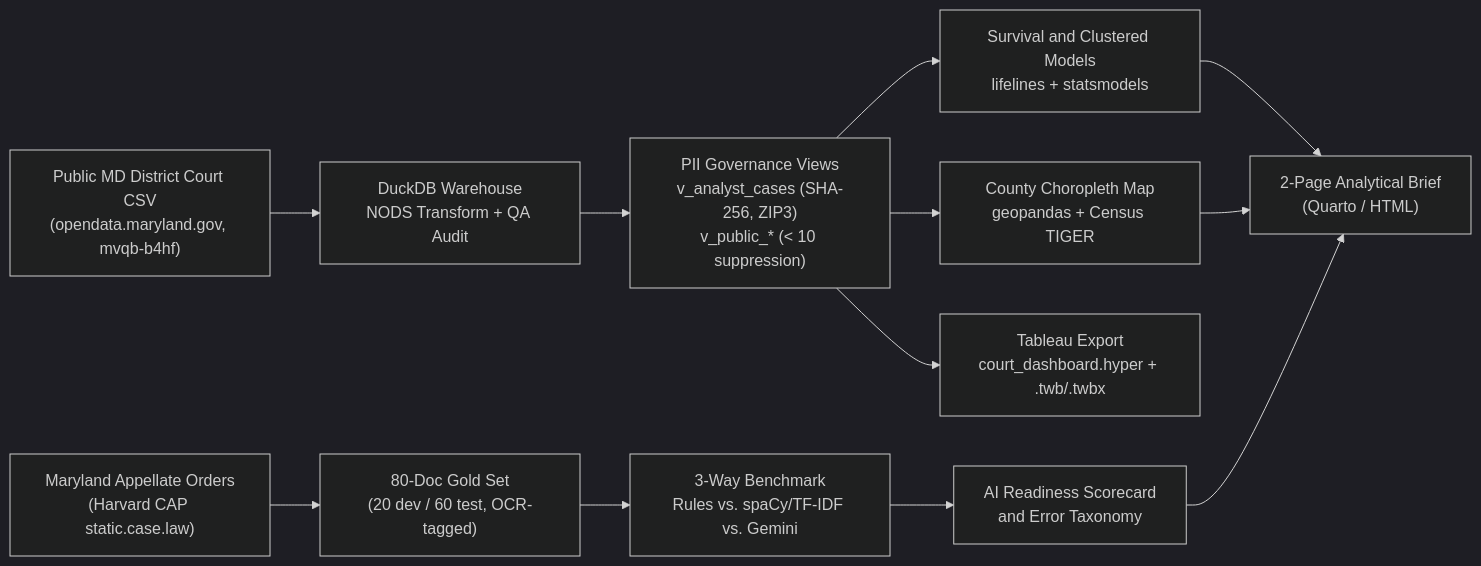
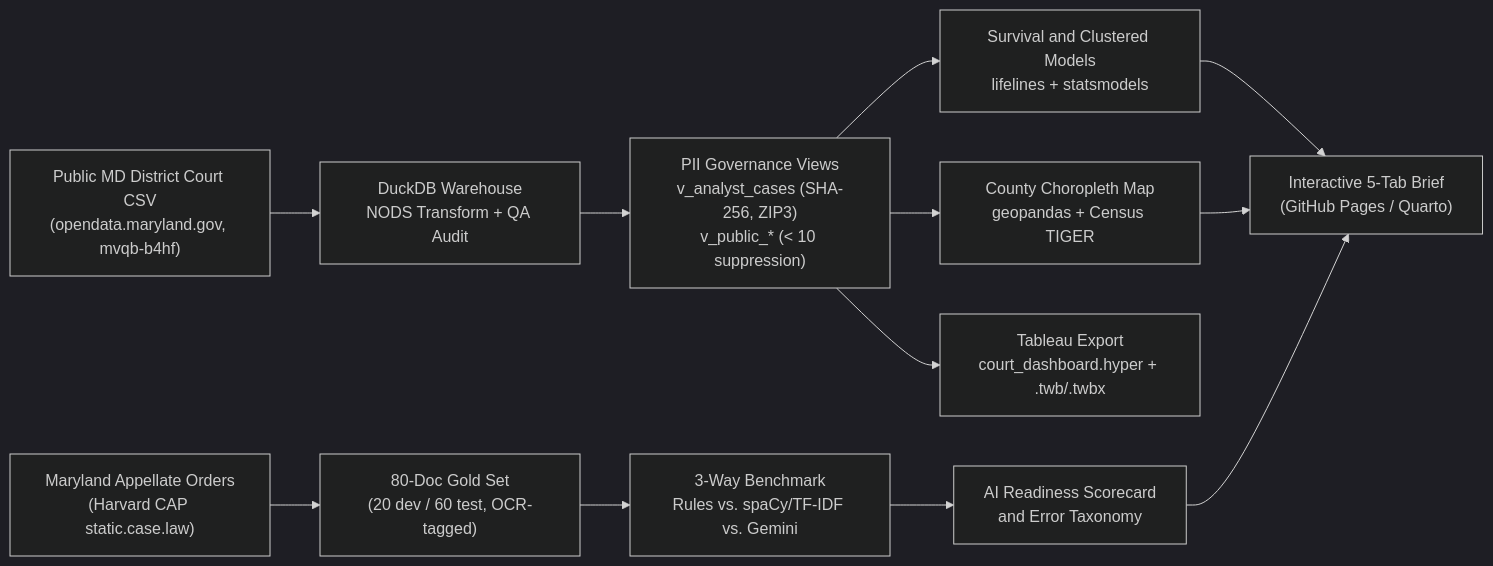
Before and after one commit to mhadeli/open-court-analytics: the diagram in README.md, drawn with Mermaid (dark theme). The commit also changed other lines of this file, not shown here.

````diff
--- a/README.md
+++ b/README.md
@@ -16,13 +22,13 @@
 ```mermaid
 flowchart LR
     A["Public MD District Court CSV<br/>(opendata.maryland.gov, mvqb-b4hf)"] --> B["DuckDB Warehouse<br/>NODS Transform + QA Audit"]
     B --> C["PII Governance Views<br/>v_analyst_cases (SHA-256, ZIP3)<br/>v_public_* (< 10 suppression)"]
     C --> D["Survival and Clustered Models<br/>lifelines + statsmodels"]
     C --> E["County Choropleth Map<br/>geopandas + Census TIGER"]
     C --> F["Tableau Export<br/>court_dashboard.hyper + .twb/.twbx"]
 
     G["Maryland Appellate Orders<br/>(Harvard CAP static.case.law)"] --> H["80-Doc Gold Set<br/>(20 dev / 60 test, OCR-tagged)"]
     H --> I["3-Way Benchmark<br/>Rules vs. spaCy/TF-IDF vs. Gemini"]
     I --> J["AI Readiness Scorecard<br/>and Error Taxonomy"]
-    D & E & J --> K["2-Page Analytical Brief<br/>(Quarto / HTML)"]
+    D & E & J --> K["Interactive 5-Tab Brief<br/>(GitHub Pages / Quarto)"]
 ```
````
